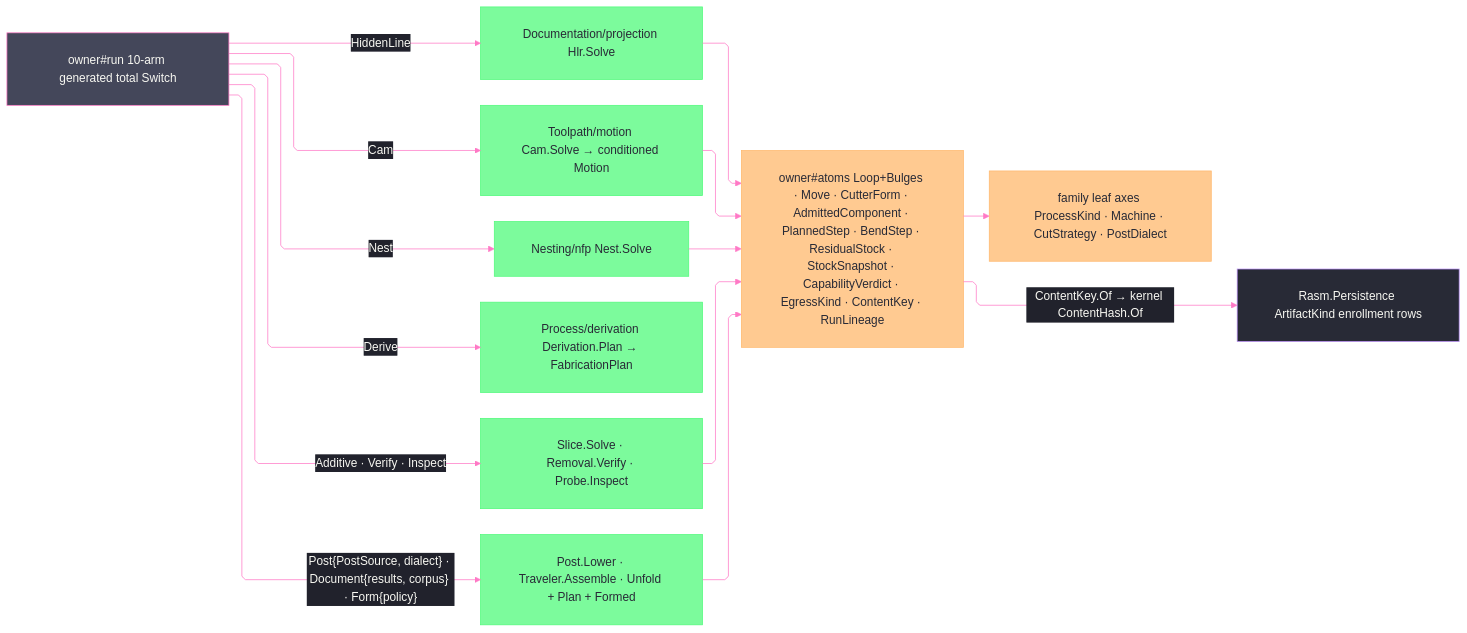
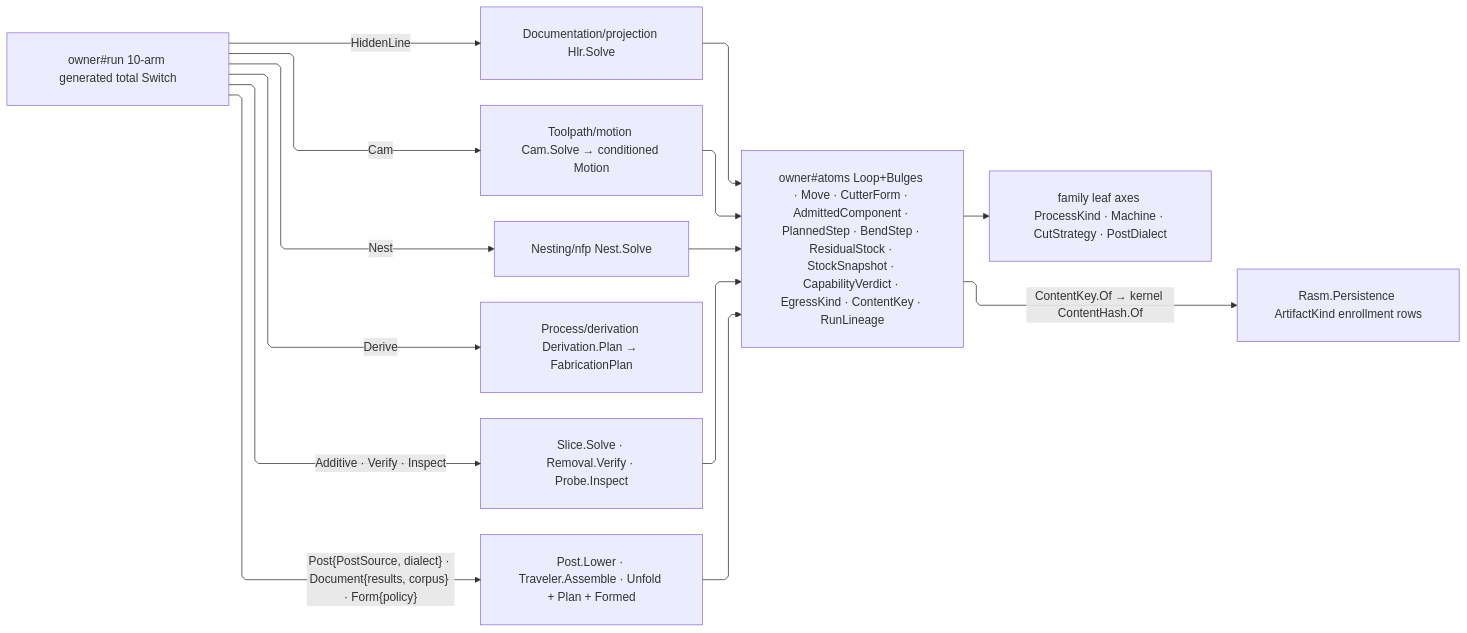
The diagram in libs/csharp/Rasm.Fabrication/.planning/Process/owner.md (bsamiee/Rasm), drawn with Mermaid before and after one commit. The commit also changed 324 other files, not shown here.

````diff
--- a/libs/csharp/Rasm.Fabrication/.planning/Process/owner.md
+++ b/libs/csharp/Rasm.Fabrication/.planning/Process/owner.md
@@ -1790,52 +1790,28 @@
 ```mermaid
 ---
 config:
-  theme: base
-  look: classic
   layout: elk
   flowchart:
     curve: linear
     padding: 25
-  themeVariables:
-    darkMode: true
-    fontFamily: "SF Mono, Menlo, Cascadia Mono, Segoe UI Mono, Consolas, monospace"
-    useGradient: false
-    dropShadow: "none"
-    background: "#282A36"
-    primaryColor: "#44475A"
-    primaryTextColor: "#F8F8F2"
-    primaryBorderColor: "#BD93F9"
-    lineColor: "#FF79C6"
-    textColor: "#F8F8F2"
-    edgeLabelBackground: "#21222C"
-    labelBackgroundColor: "#21222C"
-  themeCSS: ".nodeLabel{font-size:13px;font-weight:500}.edgeLabel{font-size:12px;font-weight:500}.cluster-label .nodeLabel{font-size:13.5px;font-weight:700;letter-spacing:.08em}.edge-thickness-normal{stroke-width:2px}.edge-thickness-thick{stroke-width:3px}.edge-pattern-dashed,.edge-pattern-dotted{stroke-width:1.5px;stroke-dasharray:4 6}.node rect,.node circle,.node polygon,.node path,.node .outer-path{stroke-width:1.5px;filter:none!important}.cluster rect{stroke-width:1px!important;stroke-dasharray:5 4!important;filter:none!important}.marker path{transform:scale(.8);transform-origin:5px 5px}.marker circle{transform:scale(.48);transform-origin:5px 5px}.edgeLabel rect{transform-box:fill-box;transform-origin:center;transform:scale(1.1,1.2)}"
 ---
 flowchart LR
     accTitle: Fabrication orchestration fold
     accDescr: One generated run dispatch routes ten policy variants to their plane kernels, folds every result back through shared fabrication atoms, and projects content-keyed persistence facts.
     Atoms["owner#atoms Loop+Bulges · Move · CutterForm · AdmittedComponent · PlannedStep · BendStep · ResidualStock · StockSnapshot · CapabilityVerdict · EgressKind · ContentKey · RunLineage"]
     Run["owner#run 10-arm generated total Switch"]
     Family["family leaf axes ProcessKind · Machine · CutStrategy · PostDialect"]
     Run -->|HiddenLine| Hlr["Documentation/projection Hlr.Solve"]
     Run -->|Cam| Cam["Toolpath/motion Cam.Solve → conditioned Motion"]
     Run -->|Nest| Nest["Nesting/nfp Nest.Solve"]
     Run -->|Derive| Derivation["Process/derivation Derivation.Plan → FabricationPlan"]
     Run -->|"Additive · Verify · Inspect"| Planes["Slice.Solve · Removal.Verify · Probe.Inspect"]
     Run -->|"Post{PostSource, dialect} · Document{results, corpus} · Form{policy}"| Egress["Post.Lower · Traveler.Assemble · Unfold + Plan + Formed"]
     Hlr --> Atoms
     Cam --> Atoms
     Nest --> Atoms
     Planes --> Atoms
     Egress --> Atoms
     Atoms --> Family
     Atoms -->|"ContentKey.Of → kernel ContentHash.Of"| Persist["Rasm.Persistence ArtifactKind enrollment rows"]
-    classDef primary fill:#44475A,stroke:#FF79C6,color:#F8F8F2
-    classDef success fill:#50FA7BBF,stroke:#50FA7B,color:#282A36
-    classDef data fill:#FFB86CBF,stroke:#FFB86C,color:#282A36
-    classDef boundary fill:#282A36,stroke:#BD93F9,color:#F8F8F2
-    class Run primary
-    class Hlr,Cam,Nest,Derivation,Planes,Egress success
-    class Atoms,Family data
-    class Persist boundary
 ```
````
